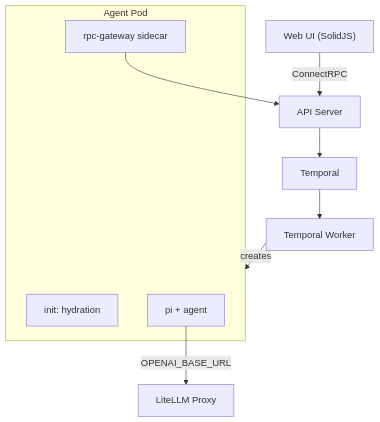
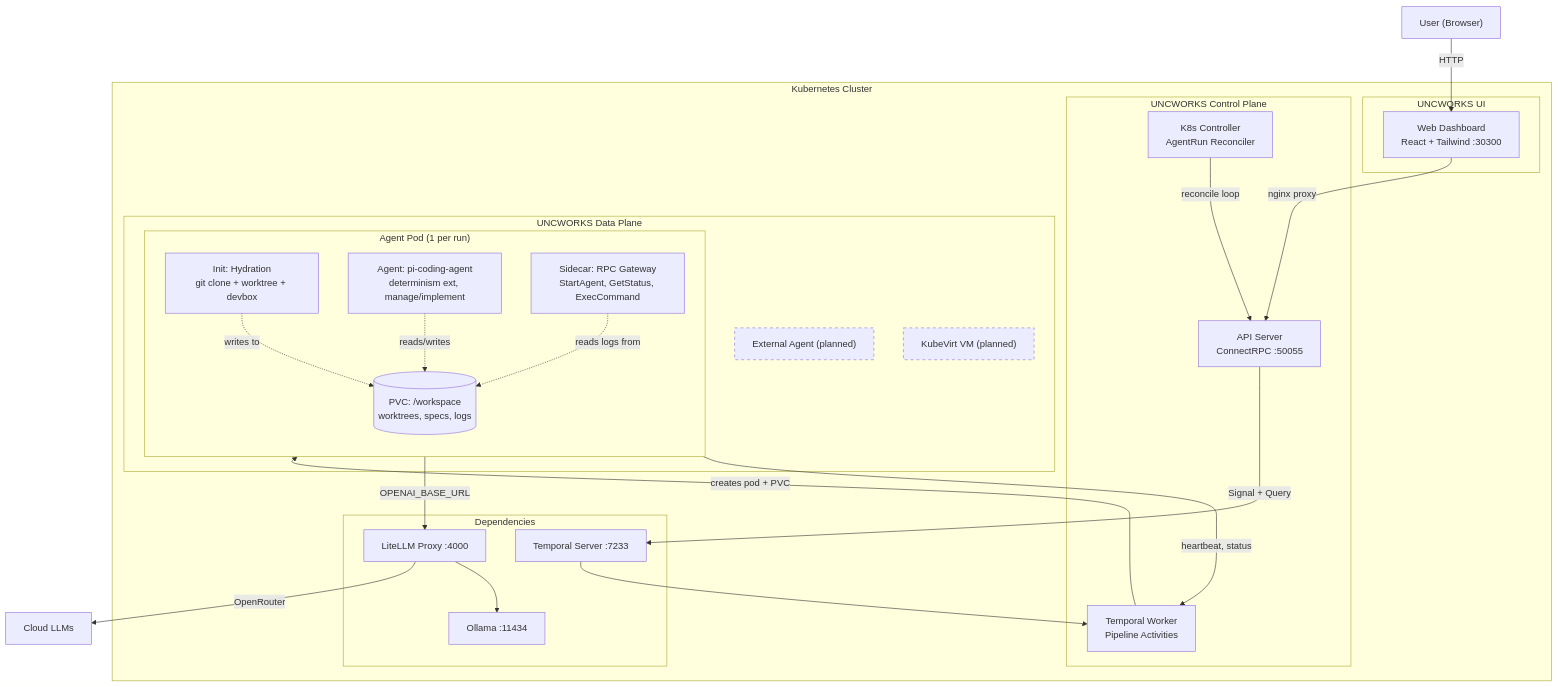
The first of 2 diagrams in README.md (ross-corp/uncworks), drawn with Mermaid before and after one commit. The commit also changed other lines of this file and 1 other file, not shown here.

Commit message:
fix: architecture diagrams — proper mermaid syntax, sequence diagram, container detail

````diff
--- a/README.md
+++ b/README.md
@@ -38,16 +40,52 @@
 ```mermaid
-graph TD
-    WebUI["Web UI (SolidJS)"] -->|ConnectRPC| API["API Server"]
-    API --> Temporal["Temporal"]
-    Temporal --> Worker["Temporal Worker"]
-    Worker -->|creates| Pod["Agent Pod"]
+graph TB
+    User["User (Browser)"]
 
-    subgraph Pod["Agent Pod"]
-        Init["init: hydration"]
-        Agent["pi + agent"]
-        Sidecar["rpc-gateway sidecar"]
+    subgraph K8s["Kubernetes Cluster"]
+
+        subgraph UI["UNCWORKS UI"]
+            Web["Web Dashboard<br/>React + Tailwind :30300"]
+        end
+
+        subgraph CP["UNCWORKS Control Plane"]
+            API["API Server<br/>ConnectRPC :50055"]
+            Ctrl["K8s Controller<br/>AgentRun Reconciler"]
+            TW["Temporal Worker<br/>Pipeline Activities"]
+        end
+
+        subgraph DP["UNCWORKS Data Plane"]
+            subgraph AgentPod["Agent Pod (1 per run)"]
+                direction TB
+                Init["Init: Hydration<br/>git clone + worktree + devbox"]
+                Sidecar["Sidecar: RPC Gateway<br/>StartAgent, GetStatus, ExecCommand"]
+                Pi["Agent: pi-coding-agent<br/>determinism ext, manage/implement"]
+                PVC[("PVC: /workspace<br/>worktrees, specs, logs")]
+            end
+            ExtAgent["External Agent (planned)"]
+            KubeVirtVM["KubeVirt VM (planned)"]
+        end
+
+        subgraph Deps["Dependencies"]
+            Temporal["Temporal Server :7233"]
+            LiteLLM["LiteLLM Proxy :4000"]
+            Ollama["Ollama :11434"]
+        end
     end
 
-    Agent -->|OPENAI_BASE_URL| LiteLLM["LiteLLM Proxy"]
-    Sidecar --> API
+    User -->|HTTP| Web
+    Web -->|nginx proxy| API
+    API -->|"Signal + Query"| Temporal
+    Temporal --> TW
+    Ctrl -->|"reconcile loop"| API
+    TW -->|creates pod + PVC| AgentPod
+    Sidecar -->|heartbeat, status| TW
+    Pi -->|"OPENAI_BASE_URL"| LiteLLM
+    LiteLLM --> Ollama
+    LiteLLM -->|OpenRouter| Cloud["Cloud LLMs"]
+    Init -.->|"writes to"| PVC
+    Pi -.->|"reads/writes"| PVC
+    Sidecar -.->|"reads logs from"| PVC
+
+    style ExtAgent stroke-dasharray: 5 5
+    style KubeVirtVM stroke-dasharray: 5 5
 ```
````
